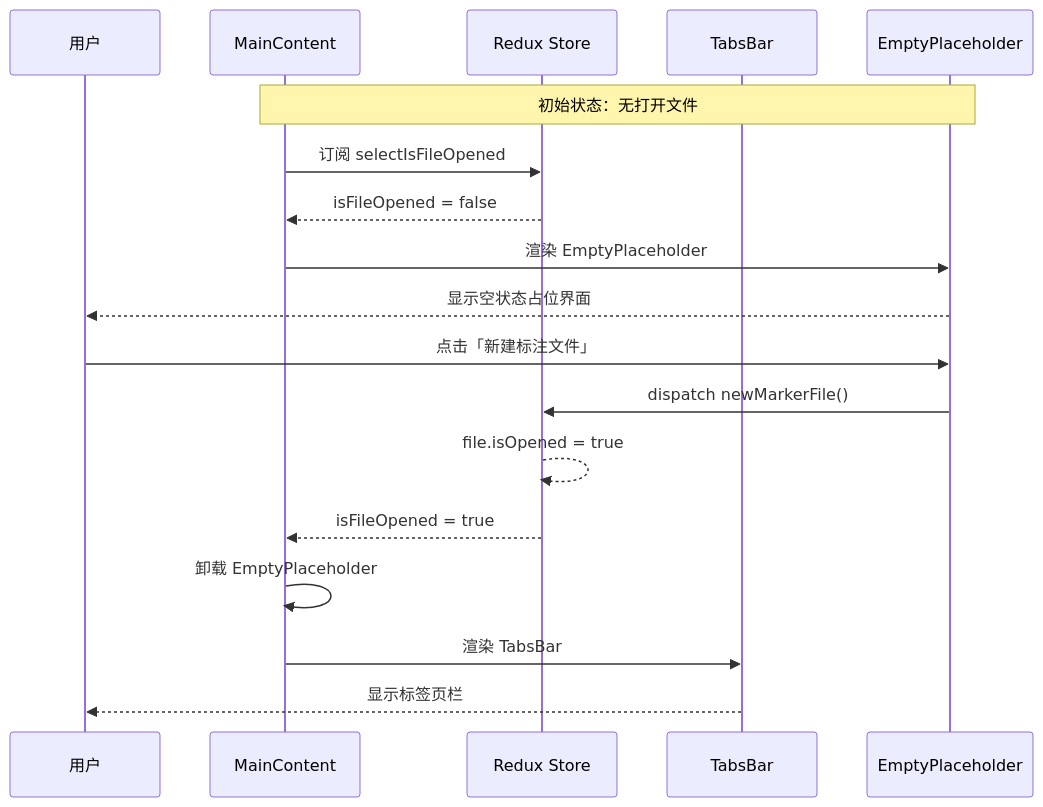
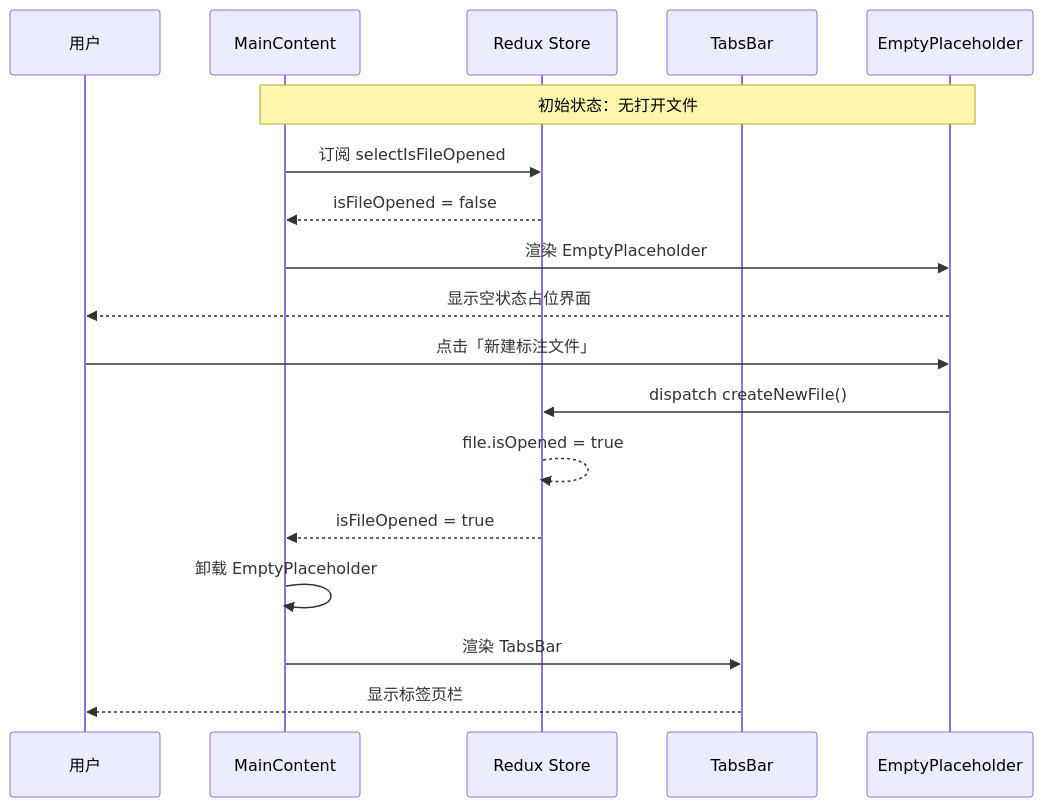
One commit to kampfer/trae-image-marker changed the eighth of 11 diagrams in doc/技术设计/03-表现层设计.md. Above: the diagram before and after it, drawn with Mermaid. The commit also changed other lines of this file and 5 other files, not shown here.

````diff
--- a/doc/技术设计/03-表现层设计.md
+++ b/doc/技术设计/03-表现层设计.md
@@ -442,23 +448,23 @@
 ```mermaid
 sequenceDiagram
     participant User as 用户
     participant MainContent as MainContent
     participant Redux as Redux Store
     participant TabsBar as TabsBar
     participant Placeholder as EmptyPlaceholder
 
     Note over MainContent,Placeholder: 初始状态：无打开文件
 
     MainContent->>Redux: 订阅 selectIsFileOpened
     Redux-->>MainContent: isFileOpened = false
     MainContent->>Placeholder: 渲染 EmptyPlaceholder
     Placeholder-->>User: 显示空状态占位界面
 
     User->>Placeholder: 点击「新建标注文件」
-    Placeholder->>Redux: dispatch newMarkerFile()
+    Placeholder->>Redux: dispatch createNewFile()
     Redux-->>Redux: file.isOpened = true
     Redux-->>MainContent: isFileOpened = true
     MainContent->>MainContent: 卸载 EmptyPlaceholder
     MainContent->>TabsBar: 渲染 TabsBar
     TabsBar-->>User: 显示标签页栏
 ```
````
